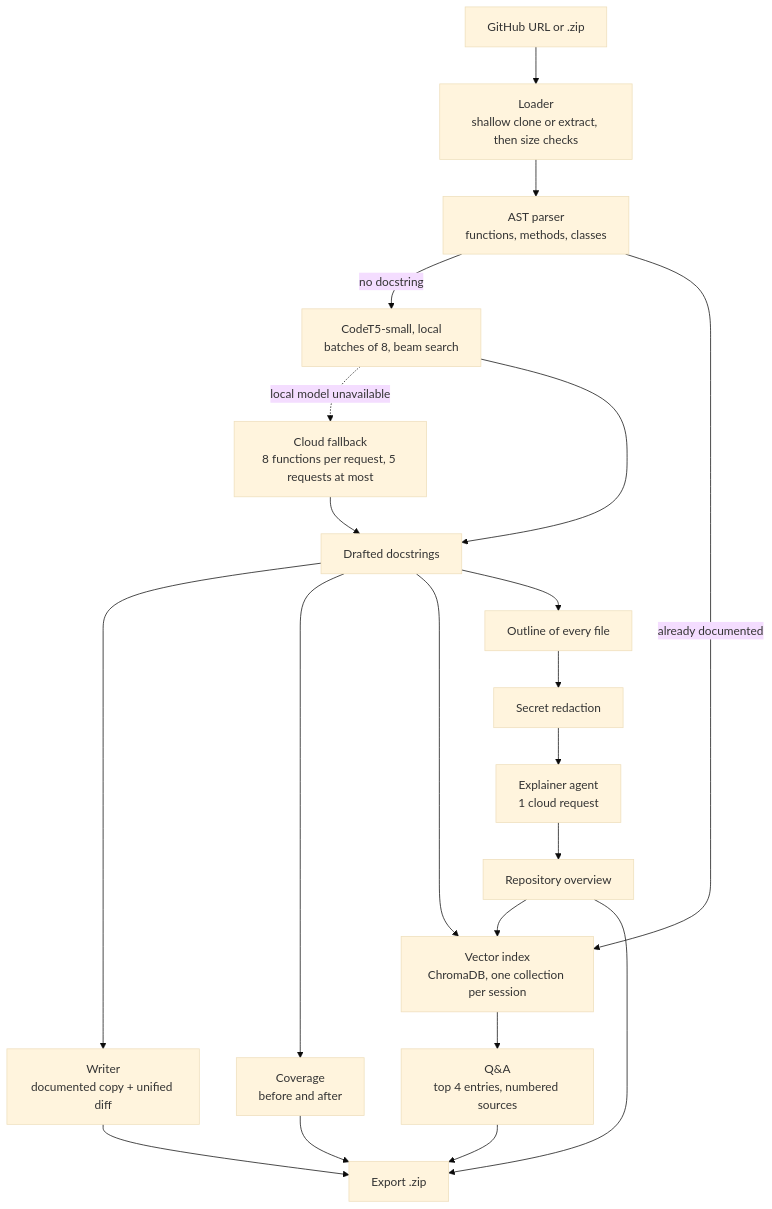
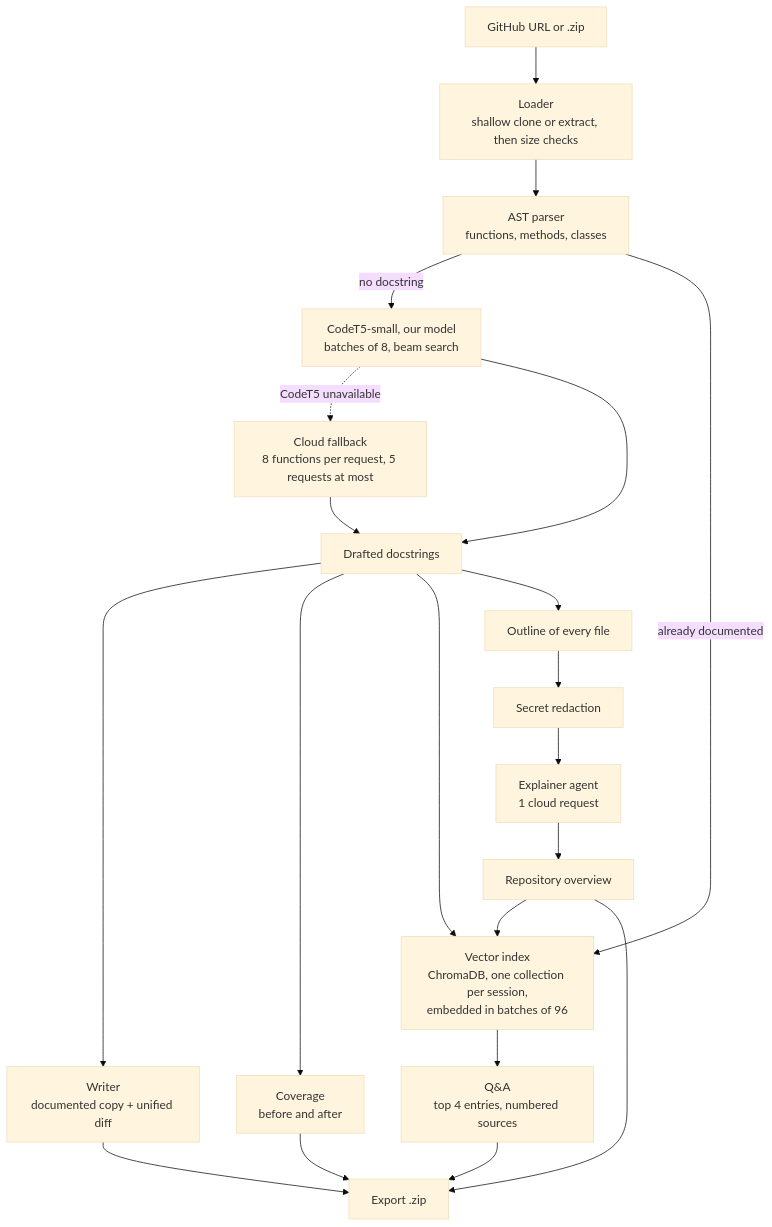
Before and after one commit to 23IT098-VRAJ/CodeDocAI: the first of 2 diagrams in README.md, drawn with Mermaid (base theme). The commit also changed other lines of this file, not shown here.

````diff
--- a/README.md
+++ b/README.md
@@ -65,27 +67,27 @@
 ```mermaid
 flowchart TB
     A["GitHub URL or .zip"] --> B["Loader<br/>shallow clone or extract, then size checks"]
     B --> C["AST parser<br/>functions, methods, classes"]
 
-    C -->|"no docstring"| D["CodeT5-small, local<br/>batches of 8, beam search"]
+    C -->|"no docstring"| D["CodeT5-small, our model<br/>batches of 8, beam search"]
     C -->|"already documented"| G
-    D -. "local model unavailable" .-> E["Cloud fallback<br/>8 functions per request, 5 requests at most"]
+    D -. "CodeT5 unavailable" .-> E["Cloud fallback<br/>8 functions per request, 5 requests at most"]
     D --> F["Drafted docstrings"]
     E --> F
 
     F --> W["Writer<br/>documented copy + unified diff"]
     F --> V["Coverage<br/>before and after"]
-    F --> G["Vector index<br/>ChromaDB, one collection per session"]
+    F --> G["Vector index<br/>ChromaDB, one collection per session,<br/>embedded in batches of 96"]
 
     F --> O["Outline of every file"]
     O --> R["Secret redaction"]
     R --> X["Explainer agent<br/>1 cloud request"]
     X --> P["Repository overview"]
     P --> G
 
     G --> Q["Q&A<br/>top 4 entries, numbered sources"]
     W --> Z["Export .zip"]
     V --> Z
     P --> Z
     Q --> Z
 ```
````
